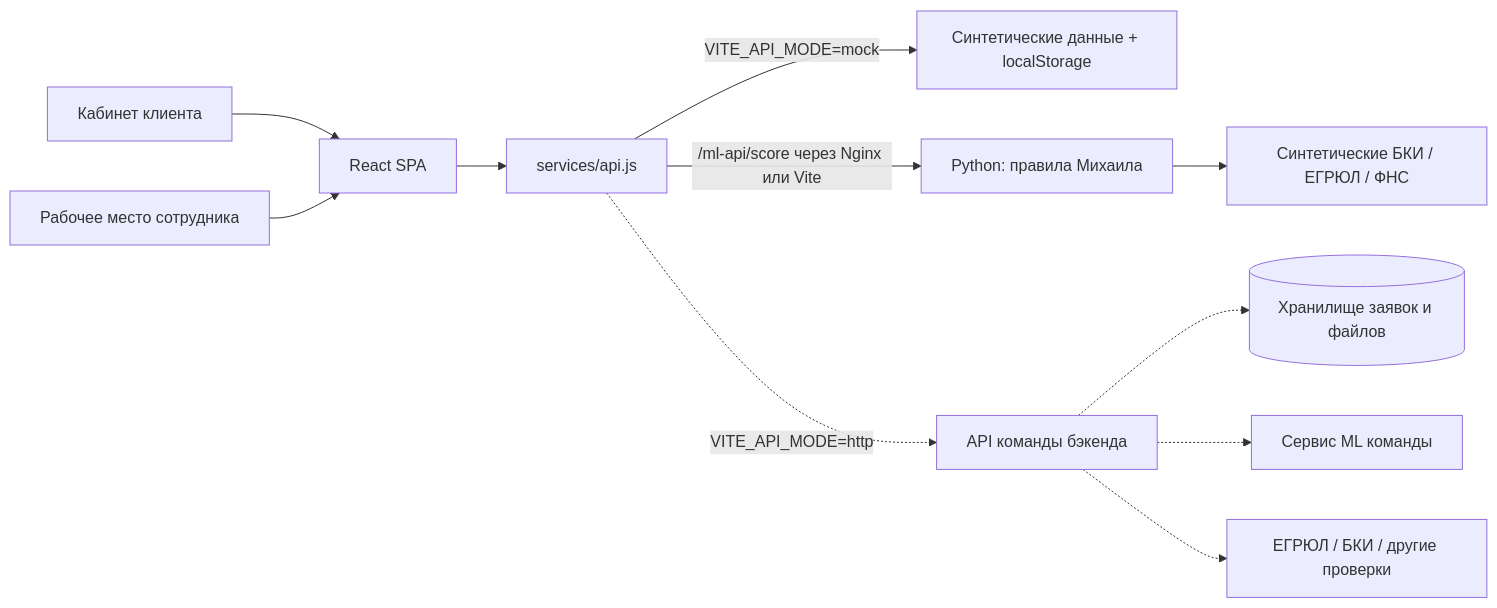
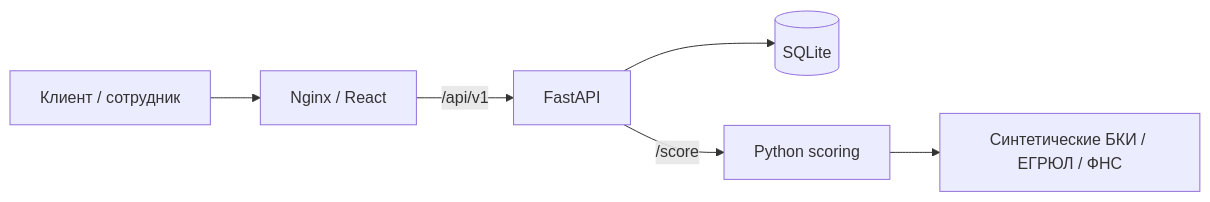
One commit to Churachok/milktower_523 changed the first of 2 diagrams in docs/architecture.md. Above: the diagram before and after it, drawn with Mermaid. The commit also changed other lines of this file and 49 other files, not shown here.

````diff
--- a/docs/architecture.md
+++ b/docs/architecture.md
@@ -13,13 +7,8 @@
 ```mermaid
 flowchart LR
-  Client[Кабинет клиента] --> UI[React SPA]
-  Employee[Рабочее место сотрудника] --> UI
-  UI --> Adapter[services/api.js]
-  Adapter -->|VITE_API_MODE=mock| Demo[Синтетические данные + localStorage]
-  Adapter -->|/ml-api/score через Nginx или Vite| Scoring[Python: правила Михаила]
-  Scoring --> Fixtures[Синтетические БКИ / ЕГРЮЛ / ФНС]
-  Adapter -.->|VITE_API_MODE=http| API[API команды бэкенда]
-  API -.-> DB[(Хранилище заявок и файлов)]
-  API -.-> ML[Сервис ML команды]
-  API -.-> Integrations[ЕГРЮЛ / БКИ / другие проверки]
+  Browser[Клиент / сотрудник] --> Web[Nginx / React]
+  Web -->|/api/v1| API[FastAPI]
+  API --> DB[(SQLite)]
+  API -->|/score| ML[Python scoring]
+  ML --> Profiles[Синтетические БКИ / ЕГРЮЛ / ФНС]
 ```
````
